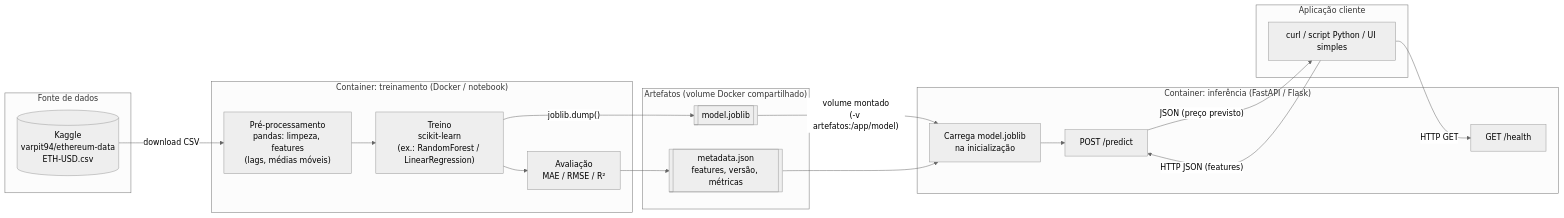
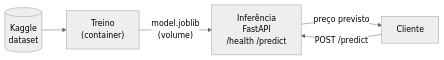
One commit to antoniodicillo/ponderada_docker changed the diagram in readme.md. Above: the diagram before and after it, drawn with Mermaid (neutral theme). The commit also changed other lines of this file, not shown here.

````diff
--- a/readme.md
+++ b/readme.md
@@ -11,39 +21,7 @@
 ```mermaid
 flowchart LR
-    subgraph KAGGLE["Fonte de dados"]
-        DS[("Kaggle<br/>varpit94/ethereum-data<br/>ETH-USD.csv")]
-    end
-
-    subgraph TRAIN["Container: treinamento (Docker / notebook)"]
-        PRE["Pré-processamento<br/>pandas: limpeza, features<br/>(lags, médias móveis)"]
-        FIT["Treino<br/>scikit-learn<br/>(ex.: RandomForest / LinearRegression)"]
-        EVAL["Avaliação<br/>MAE / RMSE / R²"]
-        PRE --> FIT --> EVAL
-    end
-
-    subgraph ART["Artefatos (volume Docker compartilhado)"]
-        MODEL[["model.joblib"]]
-        META[["metadata.json<br/>features, versão, métricas"]]
-    end
-
-    subgraph INF["Container: inferência (FastAPI / Flask)"]
-        LOAD["Carrega model.joblib<br/>na inicialização"]
-        HEALTH["GET /health"]
-        PRED["POST /predict"]
-        LOAD --> PRED
-    end
-
-    subgraph CLIENT["Aplicação cliente"]
-        CLI["curl / script Python / UI simples"]
-    end
-
-    DS -- "download CSV" --> PRE
-    FIT -- "joblib.dump()" --> MODEL
-    EVAL --> META
-    MODEL -- "volume montado<br/>(-v artefatos:/app/model)" --> LOAD
-    META --> LOAD
-    CLI -- "HTTP JSON (features)" --> PRED
-    PRED -- "JSON (preço previsto)" --> CLI
-    CLI -- "HTTP GET" --> HEALTH
-
+    K[("Kaggle<br/>dataset")] --> T["Treino<br/>(container)"]
+    T -- "model.joblib<br/>(volume)" --> B["Inferência<br/>FastAPI<br/>/health /predict"]
+    C["Cliente"] -- "POST /predict" --> B
+    B -- "preço previsto" --> C
 ```
````
